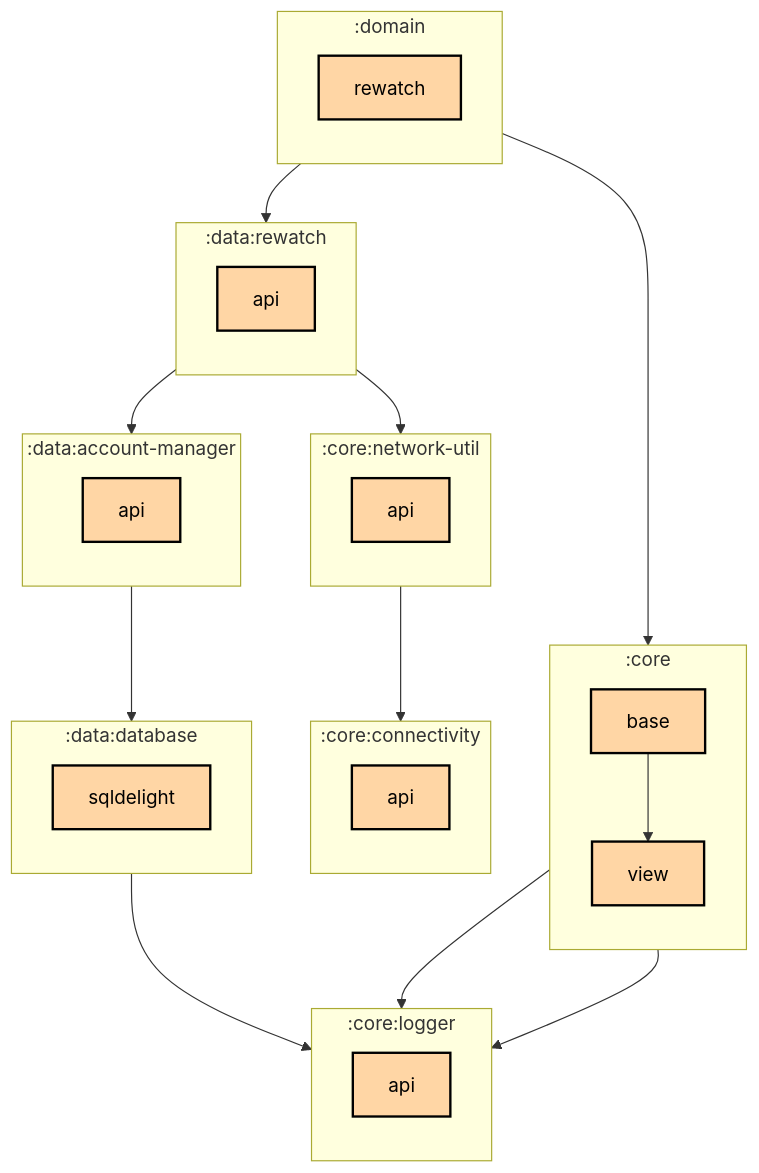
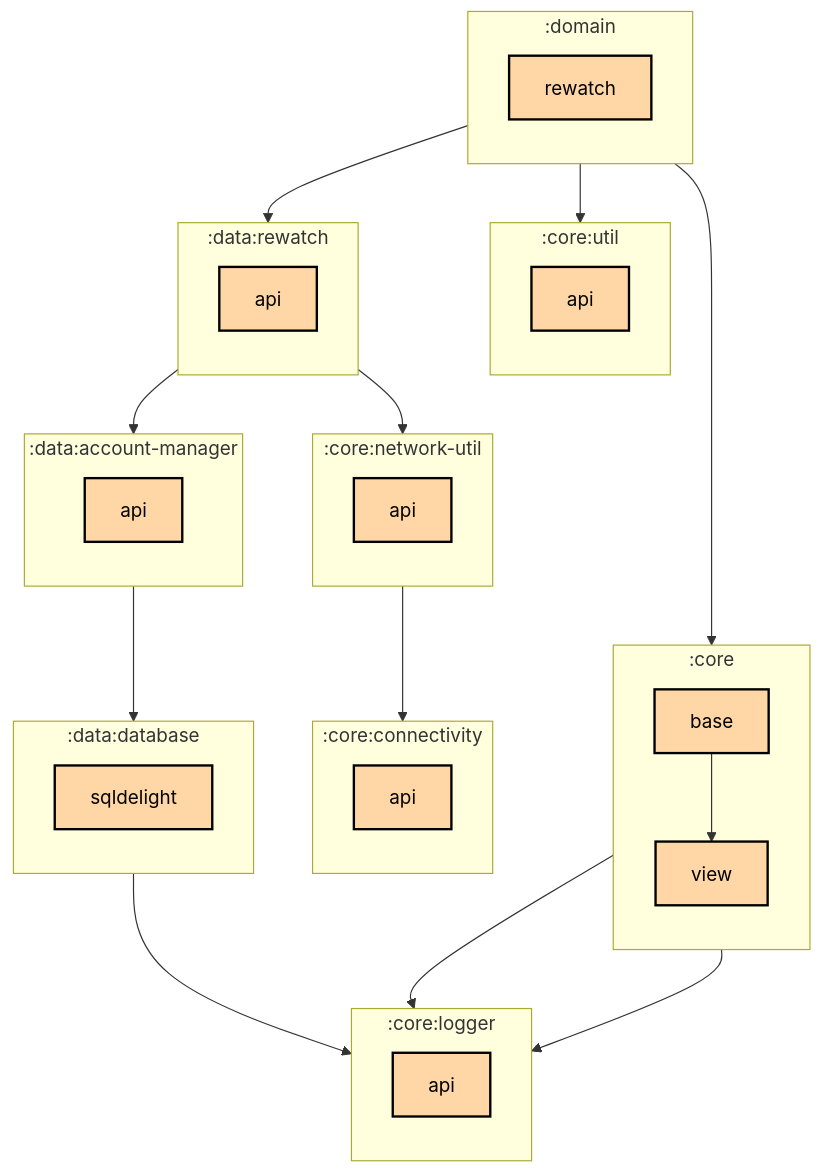
Before and after one commit to thomaskioko/tv-maniac: the first of 2 diagrams in domain/rewatch/README.md, drawn with Mermaid. The commit also changed 6 other files, not shown here.

````diff
--- a/domain/rewatch/README.md
+++ b/domain/rewatch/README.md
@@ -6,53 +6,58 @@
 ```mermaid
 graph TB
   subgraph :core
     direction TB
     :core:base[base]:::multiplatform
     :core:view[view]:::multiplatform
   end
   subgraph :core:connectivity
     direction TB
     :core:connectivity:api[api]:::multiplatform
   end
   subgraph :core:logger
     direction TB
     :core:logger:api[api]:::multiplatform
   end
   subgraph :core:network-util
     direction TB
     :core:network-util:api[api]:::multiplatform
+  end
+  subgraph :core:util
+    direction TB
+    :core:util:api[api]:::multiplatform
   end
   subgraph :data:account-manager
     direction TB
     :data:account-manager:api[api]:::multiplatform
   end
   subgraph :data:database
     direction TB
     :data:database:sqldelight[sqldelight]:::multiplatform
   end
   subgraph :data:rewatch
     direction TB
     :data:rewatch:api[api]:::multiplatform
   end
   subgraph :domain
     direction TB
     :domain:rewatch[rewatch]:::multiplatform
   end
 
   :core:base --> :core:logger:api
   :core:base --> :core:view
   :core:network-util:api --> :core:connectivity:api
   :core:view --> :core:logger:api
   :data:account-manager:api --> :data:database:sqldelight
   :data:database:sqldelight --> :core:logger:api
   :data:rewatch:api --> :core:network-util:api
   :data:rewatch:api --> :data:account-manager:api
   :domain:rewatch --> :core:base
+  :domain:rewatch --> :core:util:api
   :domain:rewatch --> :data:rewatch:api
 
 classDef application fill:#CAFFBF,stroke:#000,stroke-width:2px,color:#000;
 classDef multiplatform fill:#FFD6A5,stroke:#000,stroke-width:2px,color:#000;
 classDef android-library fill:#9BF6FF,stroke:#000,stroke-width:2px,color:#000;
 classDef jvm-library fill:#BDB2FF,stroke:#000,stroke-width:2px,color:#000;
 classDef unknown fill:#FFADAD,stroke:#000,stroke-width:2px,color:#000;
 ```
````
